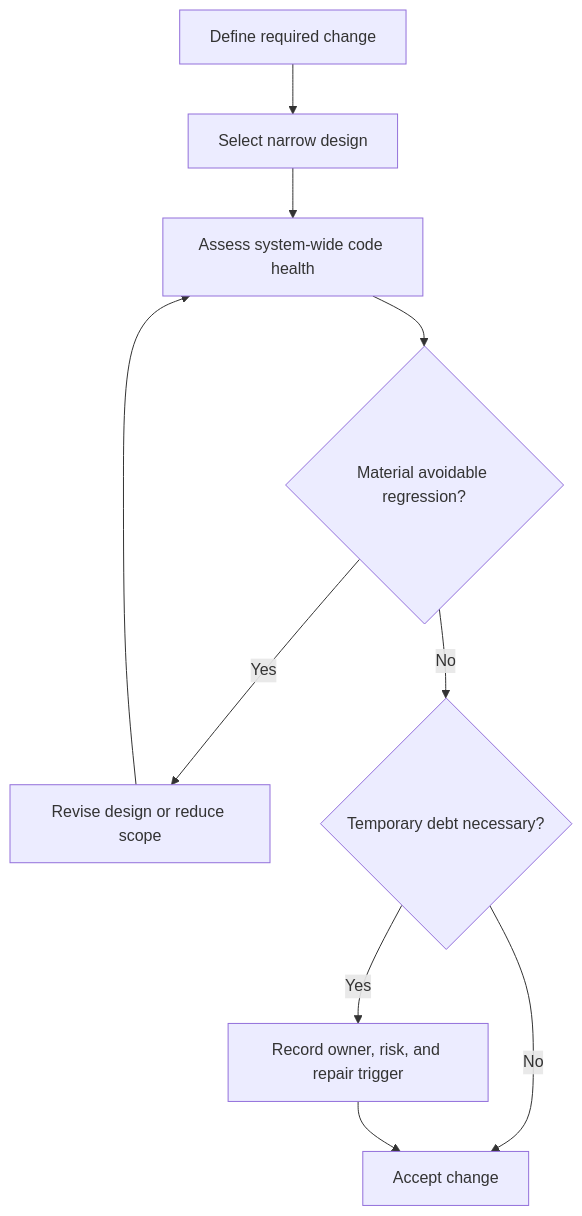
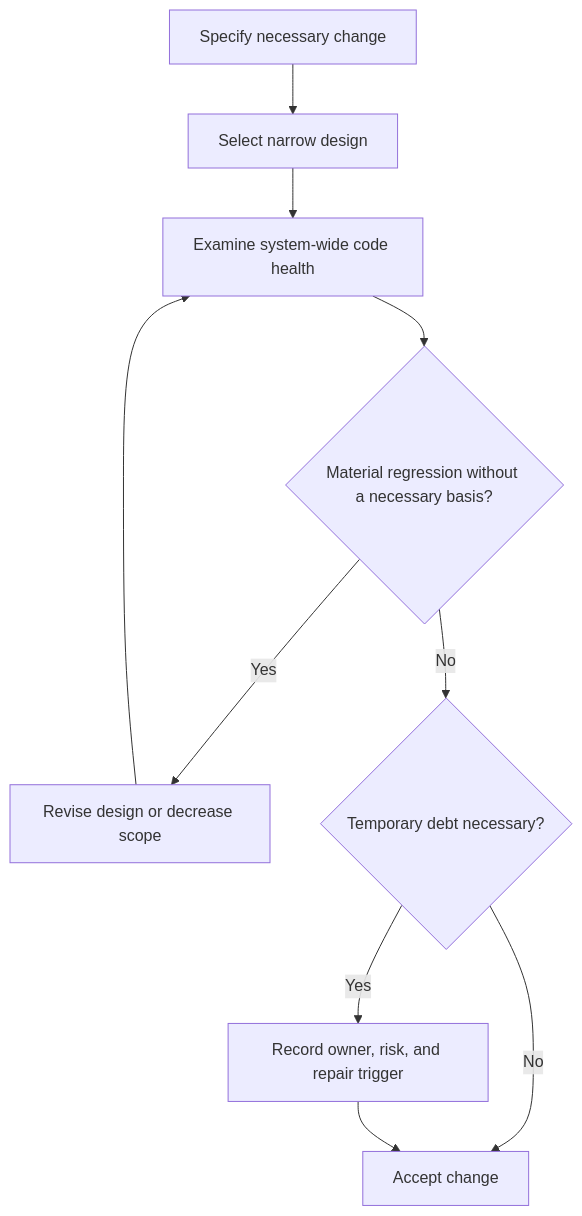
The diagram in docs/principles/details/p070-code-health-must-not-regress.md (HomericIntelligence/Athena), drawn with Mermaid before and after one commit. The commit also changed other lines of this file and 91 other files, not shown here.

````diff
--- a/docs/principles/details/p070-code-health-must-not-regress.md
+++ b/docs/principles/details/p070-code-health-must-not-regress.md
@@ -34,12 +37,12 @@
 ```mermaid
 flowchart TD
-    A["Define required change"] --> B["Select narrow design"]
-    B --> C["Assess system-wide code health"]
-    C --> D{"Material avoidable regression?"}
-    D -- "Yes" --> E["Revise design or reduce scope"]
+    A["Specify necessary change"] --> B["Select narrow design"]
+    B --> C["Examine system-wide code health"]
+    C --> D{"Material regression without a necessary basis?"}
+    D -- "Yes" --> E["Revise design or decrease scope"]
     E --> C
     D -- "No" --> F{"Temporary debt necessary?"}
     F -- "Yes" --> G["Record owner, risk, and repair trigger"]
     F -- "No" --> H["Accept change"]
     G --> H
 ```
````
